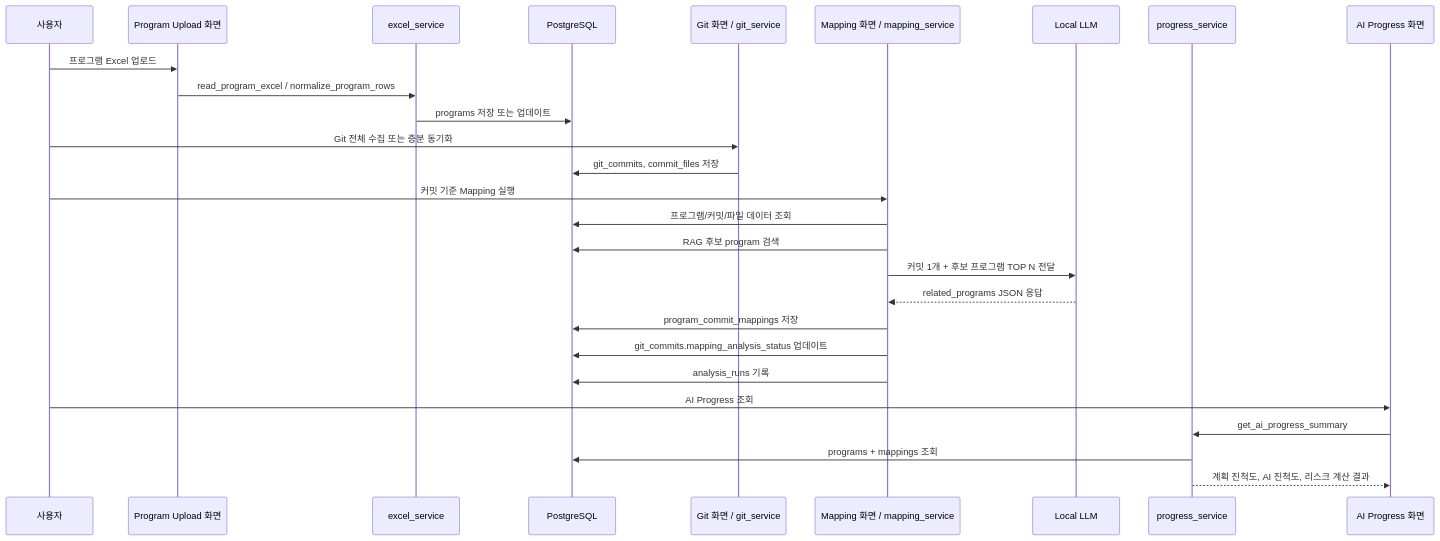
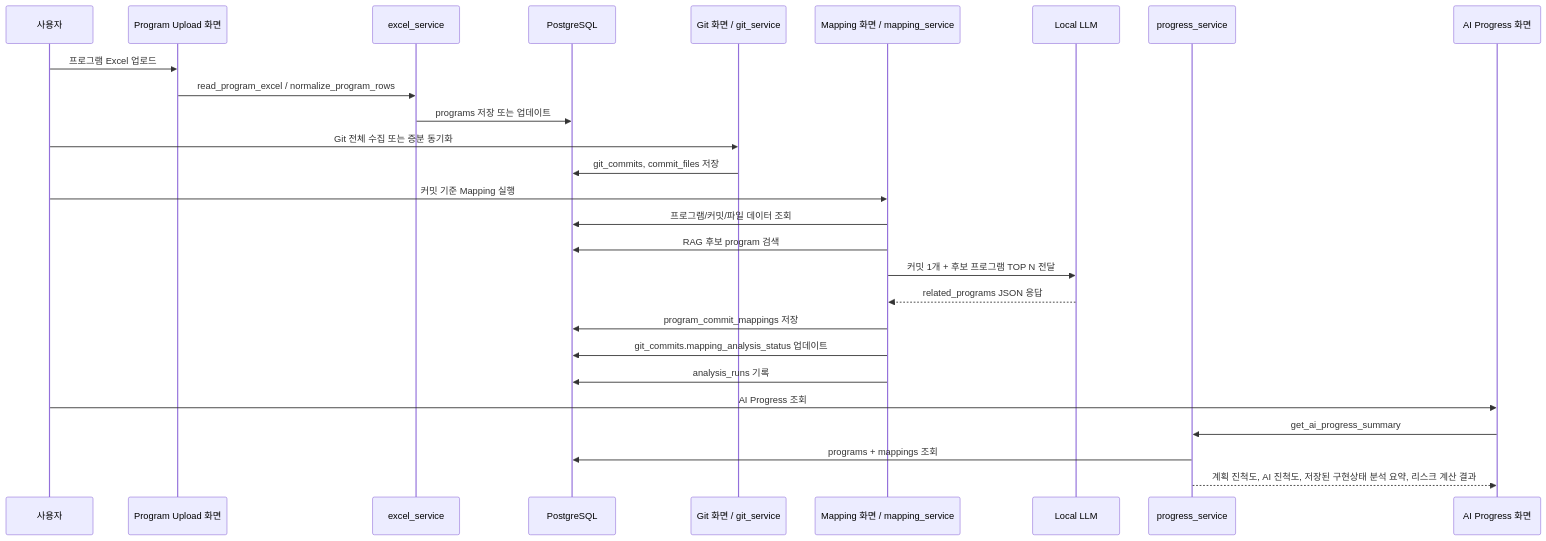
The fourth of 7 diagrams in README_ARCHITECTURE.md (ino5/ai-commit-advisor-26), drawn with Mermaid before and after one commit. The commit also changed other lines of this file and 2 other files, not shown here.

Commit message:
Update AI Progress documentation

````diff
--- a/README_ARCHITECTURE.md
+++ b/README_ARCHITECTURE.md
@@ -323,33 +323,33 @@
 ```mermaid
 sequenceDiagram
     participant User as 사용자
     participant Upload as Program Upload 화면
     participant Excel as excel_service
     participant DB as PostgreSQL
     participant Git as Git 화면 / git_service
     participant Mapping as Mapping 화면 / mapping_service
     participant LLM as Local LLM
     participant Progress as progress_service
     participant AIPage as AI Progress 화면
 
     User->>Upload: 프로그램 Excel 업로드
     Upload->>Excel: read_program_excel / normalize_program_rows
     Excel->>DB: programs 저장 또는 업데이트
 
     User->>Git: Git 전체 수집 또는 증분 동기화
     Git->>DB: git_commits, commit_files 저장
 
     User->>Mapping: 커밋 기준 Mapping 실행
     Mapping->>DB: 프로그램/커밋/파일 데이터 조회
     Mapping->>DB: RAG 후보 program 검색
     Mapping->>LLM: 커밋 1개 + 후보 프로그램 TOP N 전달
     LLM-->>Mapping: related_programs JSON 응답
     Mapping->>DB: program_commit_mappings 저장
     Mapping->>DB: git_commits.mapping_analysis_status 업데이트
     Mapping->>DB: analysis_runs 기록
 
     User->>AIPage: AI Progress 조회
     AIPage->>Progress: get_ai_progress_summary
     Progress->>DB: programs + mappings 조회
-    Progress-->>AIPage: 계획 진척도, AI 진척도, 리스크 계산 결과
+    Progress-->>AIPage: 계획 진척도, AI 진척도, 저장된 구현상태 분석 요약, 리스크 계산 결과
 ```
````
